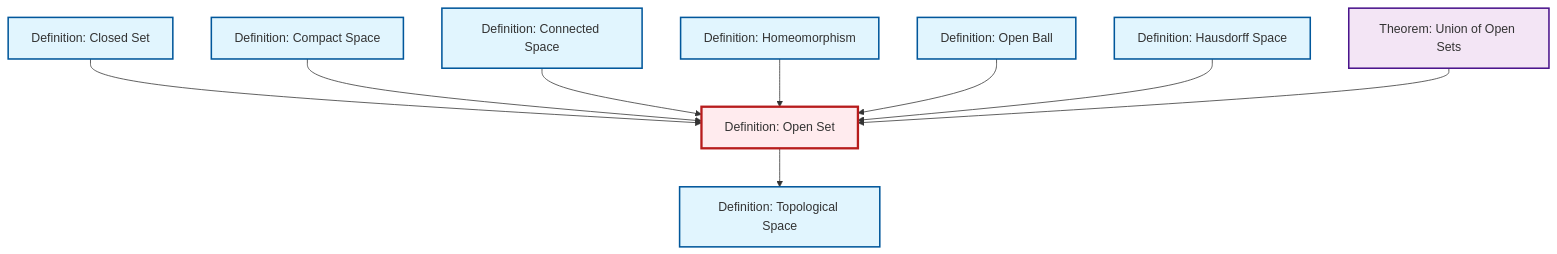
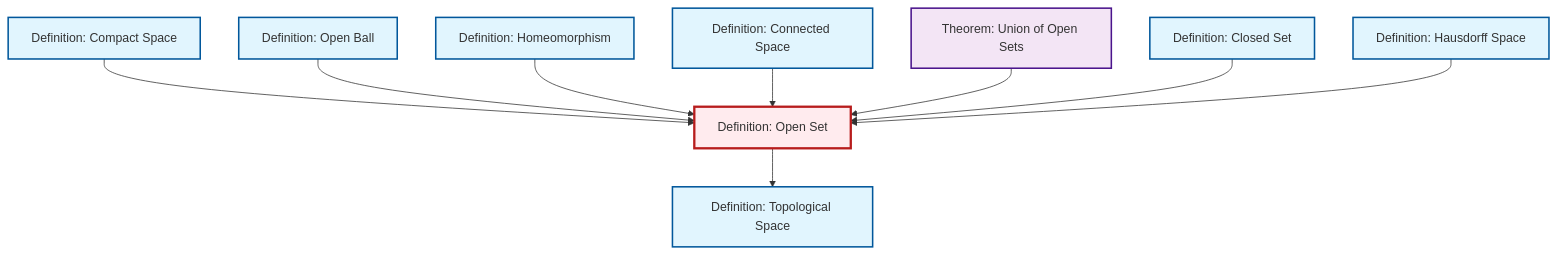
Before and after one commit to RK0429/ModernMath: the diagram in content/en/topology/def-open-set.qmd, drawn with Mermaid. The commit also changed other lines of this file and 328 other files, not shown here.

````diff
--- a/content/en/topology/def-open-set.qmd
+++ b/content/en/topology/def-open-set.qmd
@@ -54,35 +54,35 @@
 ```{mermaid}
 %%| fig-cap: "Local dependency graph"
 graph TD
     classDef definition fill:#e1f5fe,stroke:#01579b,stroke-width:2px
     classDef theorem fill:#f3e5f5,stroke:#4a148c,stroke-width:2px
     classDef axiom fill:#fff3e0,stroke:#e65100,stroke-width:2px
     classDef example fill:#e8f5e9,stroke:#1b5e20,stroke-width:2px
     classDef current fill:#ffebee,stroke:#b71c1c,stroke-width:3px
+    thm-union-open-sets["Theorem: Union of Open Sets"]:::theorem
+    def-hausdorff["Definition: Hausdorff Space"]:::definition
+    def-open-ball["Definition: Open Ball"]:::definition
+    def-open-set["Definition: Open Set"]:::definition
+    def-homeomorphism["Definition: Homeomorphism"]:::definition
+    def-connected["Definition: Connected Space"]:::definition
     def-topological-space["Definition: Topological Space"]:::definition
     def-compact["Definition: Compact Space"]:::definition
-    def-homeomorphism["Definition: Homeomorphism"]:::definition
-    def-open-ball["Definition: Open Ball"]:::definition
     def-closed-set["Definition: Closed Set"]:::definition
-    def-hausdorff["Definition: Hausdorff Space"]:::definition
-    thm-union-open-sets["Theorem: Union of Open Sets"]:::theorem
-    def-open-set["Definition: Open Set"]:::definition
-    def-connected["Definition: Connected Space"]:::definition
+    def-open-set --> def-topological-space
+    def-compact --> def-open-set
+    def-open-ball --> def-open-set
+    def-homeomorphism --> def-open-set
+    def-connected --> def-open-set
+    thm-union-open-sets --> def-open-set
     def-closed-set --> def-open-set
-    def-compact --> def-open-set
-    def-connected --> def-open-set
-    def-homeomorphism --> def-open-set
-    def-open-set --> def-topological-space
-    def-open-ball --> def-open-set
     def-hausdorff --> def-open-set
-    thm-union-open-sets --> def-open-set
     class def-open-set current
+    click thm-union-open-sets "thm-union-open-sets.html" "Go to Union of Open Sets theorem"
+    click def-hausdorff "def-hausdorff.html" "Go to Hausdorff Space definition"
+    click def-open-ball "def-open-ball.html" "Go to Open Ball definition"
+    click def-homeomorphism "def-homeomorphism.html" "Go to Homeomorphism definition"
+    click def-connected "def-connected.html" "Go to Connected Space definition"
     click def-topological-space "def-topological-space.html" "Go to Topological Space definition"
     click def-compact "def-compact.html" "Go to Compact Space definition"
-    click def-homeomorphism "def-homeomorphism.html" "Go to Homeomorphism definition"
-    click def-open-ball "def-open-ball.html" "Go to Open Ball definition"
     click def-closed-set "def-closed-set.html" "Go to Closed Set definition"
-    click def-hausdorff "def-hausdorff.html" "Go to Hausdorff Space definition"
-    click thm-union-open-sets "thm-union-open-sets.html" "Go to Union of Open Sets theorem"
-    click def-connected "def-connected.html" "Go to Connected Space definition"
 ```
````
